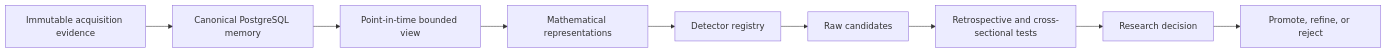
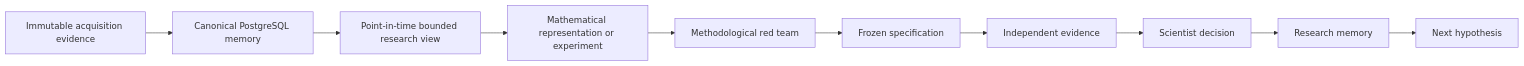
One commit to Andy11-cpu/shark-case-study changed the diagram in README.md. Above: the diagram before and after it, drawn with Mermaid. The commit also changed other lines of this file and 3 other files, not shown here.

````diff
--- a/README.md
+++ b/README.md
@@ -38,11 +56,12 @@
 ```mermaid
 flowchart LR
     A[Immutable acquisition evidence] --> B[Canonical PostgreSQL memory]
-    B --> C[Point-in-time bounded view]
-    C --> D[Mathematical representations]
-    D --> E[Detector registry]
-    E --> F[Raw candidates]
-    F --> G[Retrospective and cross-sectional tests]
-    G --> H[Research decision]
-    H --> I[Promote, refine, or reject]
+    B --> C[Point-in-time bounded research view]
+    C --> D[Mathematical representation or experiment]
+    D --> E[Methodological red team]
+    E --> F[Frozen specification]
+    F --> G[Independent evidence]
+    G --> H[Scientist decision]
+    H --> I[Research memory]
+    I --> J[Next hypothesis]
 ```
````
